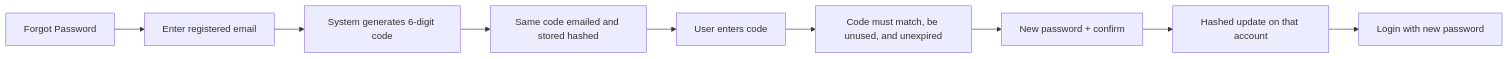
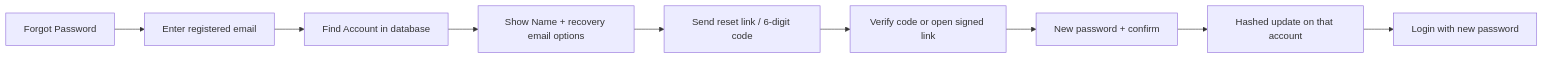
Before and after one commit to khenierosecosinero/bsscholarapp: the fourth of 5 diagrams in README.md, drawn with Mermaid. The commit also changed other lines of this file and 29 other files, not shown here.

````diff
--- a/README.md
+++ b/README.md
@@ -284,11 +284,11 @@
 ```mermaid
 flowchart LR
   A[Forgot Password] --> B[Enter registered email]
-  B --> C[System generates 6-digit code]
-  C --> D[Same code emailed and stored hashed]
-  D --> E[User enters code]
-  E --> F[Code must match, be unused, and unexpired]
+  B --> C[Find Account in database]
+  C --> D[Show Name + recovery email options]
+  D --> E[Send reset link / 6-digit code]
+  E --> F[Verify code or open signed link]
   F --> G[New password + confirm]
   G --> H[Hashed update on that account]
   H --> I[Login with new password]
 ```
````
